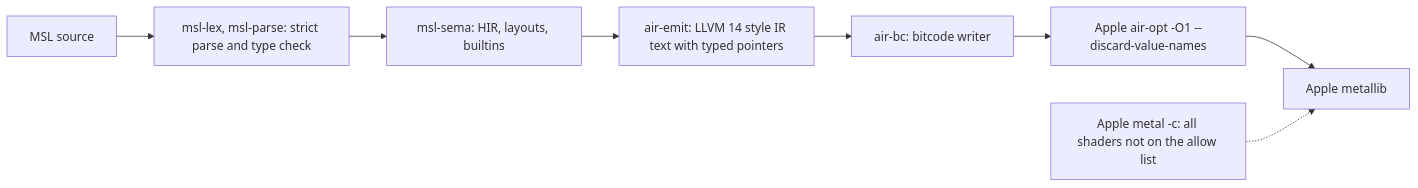
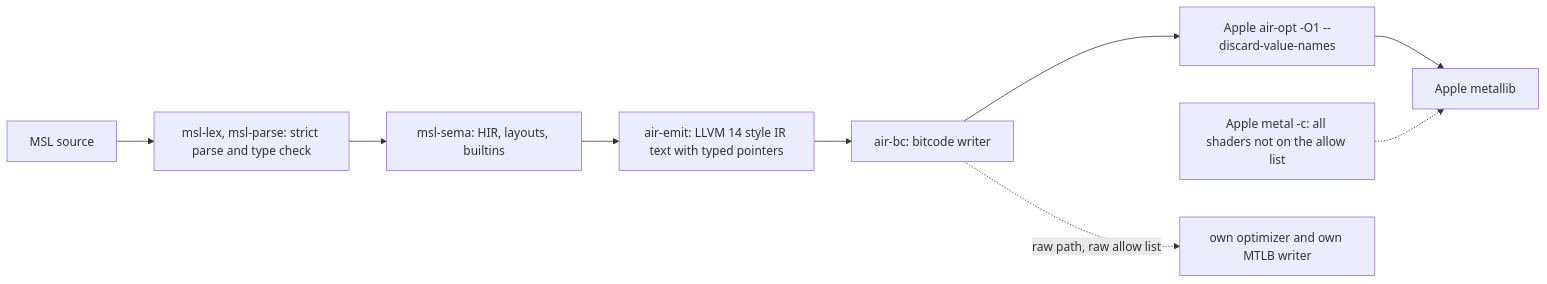
The diagram in docs/frontend.md (ComicBit/nxkit), drawn with Mermaid before and after one commit. The commit also changed other lines of this file and 39 other files, not shown here.

````diff
--- a/docs/frontend.md
+++ b/docs/frontend.md
@@ -13,10 +13,11 @@
 ```mermaid
 flowchart LR
     A["MSL source"] --> B["msl-lex, msl-parse: strict parse and type check"]
     B --> C["msl-sema: HIR, layouts, builtins"]
     C --> D["air-emit: LLVM 14 style IR text with typed pointers"]
     D --> E["air-bc: bitcode writer"]
     E --> F["Apple air-opt -O1 --discard-value-names"]
     F --> G["Apple metallib"]
     X["Apple metal -c: all shaders not on the allow list"] -.-> G
+    E -.->|raw path, raw allow list| R["own optimizer and own MTLB writer"]
 ```
````
